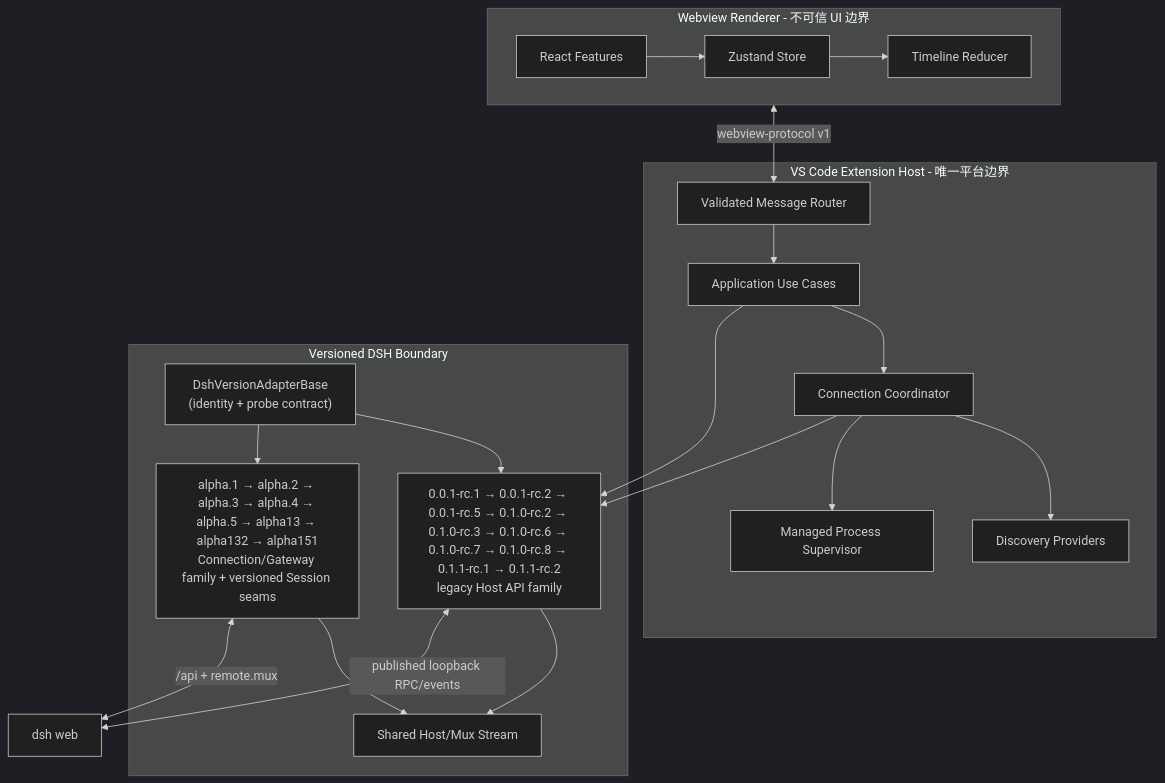
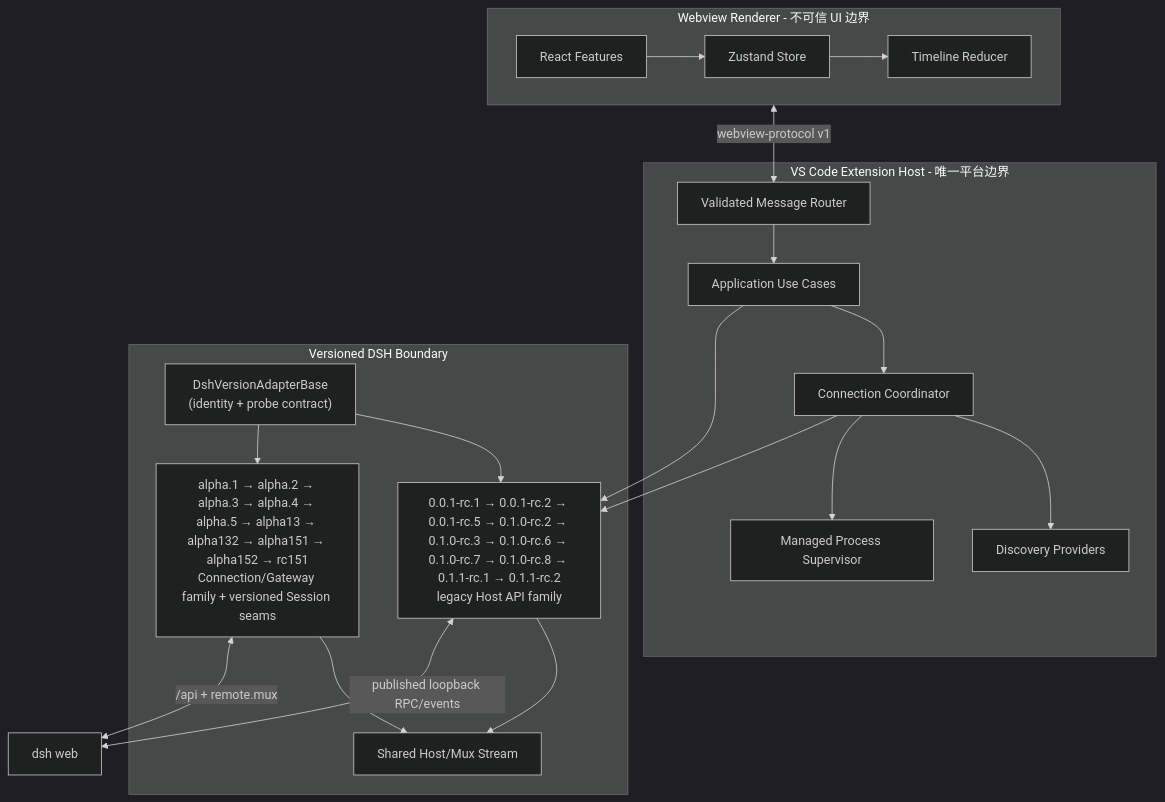
The first of 2 diagrams in docs/architecture.md (Jabofish/deepseek-harness-vscode), drawn with Mermaid (dark theme) before and after one commit. The commit also changed other lines of this file and 43 other files, not shown here.

````diff
--- a/docs/architecture.md
+++ b/docs/architecture.md
@@ -5,38 +5,38 @@
 ```mermaid
 flowchart TB
   subgraph Renderer["Webview Renderer - 不可信 UI 边界"]
     REACT["React Features"]
     STORE["Zustand Store"]
     TL["Timeline Reducer"]
     REACT --> STORE --> TL
   end
 
   subgraph Host["VS Code Extension Host - 唯一平台边界"]
     ROUTER["Validated Message Router"]
     UC["Application Use Cases"]
     CC["Connection Coordinator"]
     DISC["Discovery Providers"]
     SUP["Managed Process Supervisor"]
     ROUTER --> UC
     UC --> CC
     CC --> DISC
     CC --> SUP
   end
 
   subgraph Adapter["Versioned DSH Boundary"]
     BASE["DshVersionAdapterBase\n(identity + probe contract)"]
     RC6["0.0.1-rc.1 → 0.0.1-rc.2 → 0.0.1-rc.5 → 0.1.0-rc.2 → 0.1.0-rc.3 → 0.1.0-rc.6 → 0.1.0-rc.7 → 0.1.0-rc.8 → 0.1.1-rc.1 → 0.1.1-rc.2\nlegacy Host API family"]
-    ALPHA["alpha.1 → alpha.2 → alpha.3 → alpha.4 → alpha.5 → alpha13 → alpha132 → alpha151\nConnection/Gateway family + versioned Session seams"]
+    ALPHA["alpha.1 → alpha.2 → alpha.3 → alpha.4 → alpha.5 → alpha13 → alpha132 → alpha151 → alpha152 → rc151\nConnection/Gateway family + versioned Session seams"]
     STREAM["Shared Host/Mux Stream"]
     BASE --> RC6
     BASE --> ALPHA
     RC6 --> STREAM
     ALPHA --> STREAM
   end
 
   Renderer <-->|"webview-protocol v1"| ROUTER
   UC --> RC6
   CC --> RC6
   RC6 <-->|"published loopback RPC/events"| DSH["dsh web"]
   ALPHA <-->|"/api + remote.mux"| DSH
 ```
````
